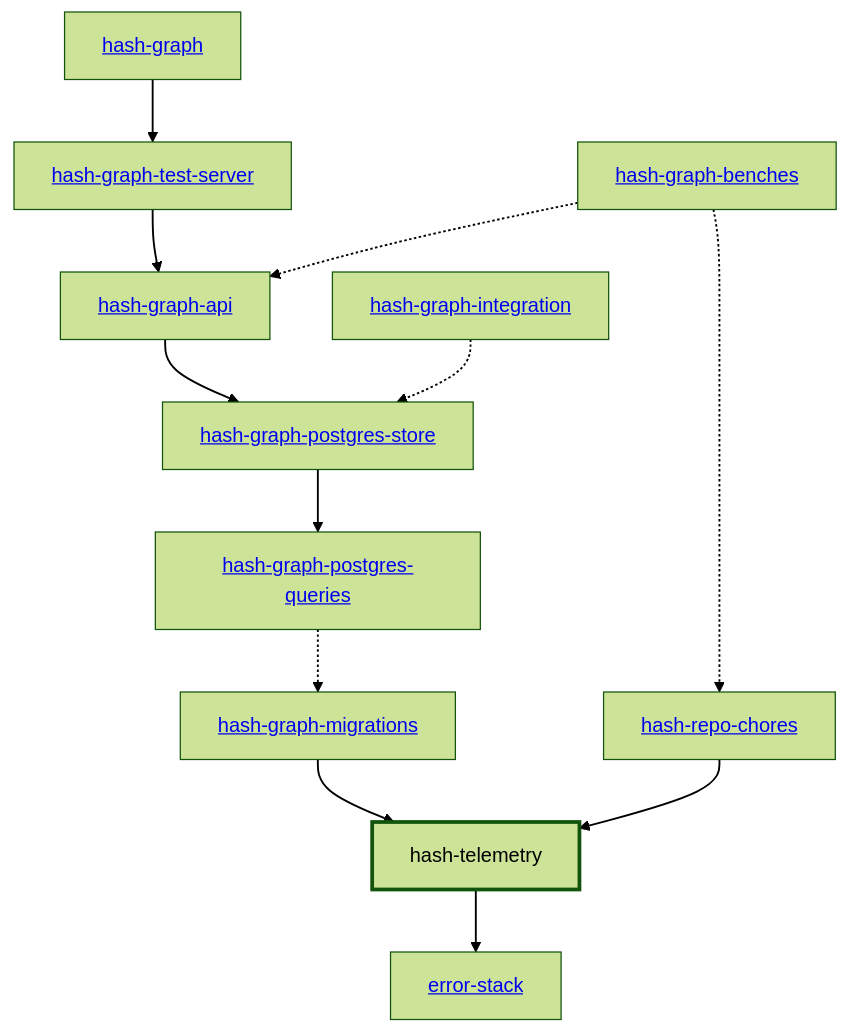
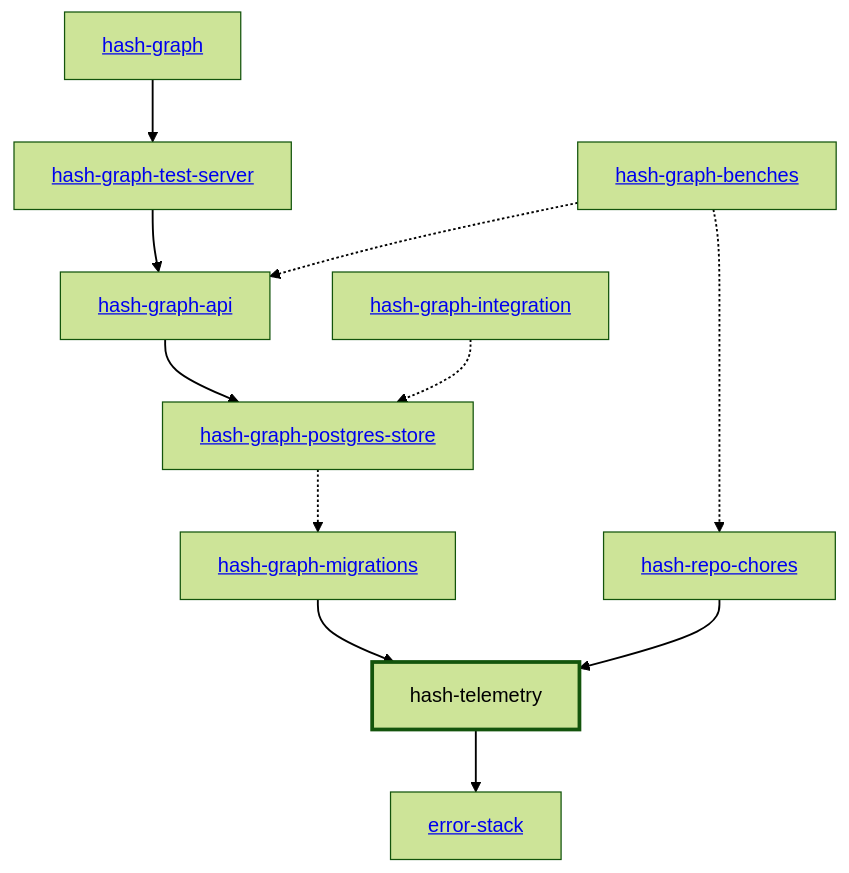
One commit to hashintel/hash changed the diagram in libs/@local/telemetry/docs/dependency-diagram.mmd. Above: the diagram before and after it, drawn with Mermaid (forest theme). The commit also changed 52 other files, not shown here.

```diff
--- a/libs/@local/telemetry/docs/dependency-diagram.mmd
+++ b/libs/@local/telemetry/docs/dependency-diagram.mmd
@@ -1,33 +1,31 @@
 graph TD
     linkStyle default stroke-width:1.5px
     classDef default stroke-width:1px
     classDef root stroke-width:3px
     classDef dev stroke-width:1px
     classDef build stroke-width:1px
     %% Legend
     %% --> : Normal dependency
     %% -.-> : Dev dependency
     %% ---> : Build dependency
     0[<a href="../hash_graph/index.html">hash-graph</a>]
     1[<a href="../hash_graph_api/index.html">hash-graph-api</a>]
     2[<a href="../hash_graph_migrations/index.html">hash-graph-migrations</a>]
-    3[<a href="../hash_graph_postgres_queries/index.html">hash-graph-postgres-queries</a>]
-    4[<a href="../hash_graph_postgres_store/index.html">hash-graph-postgres-store</a>]
-    5[<a href="../hash_graph_test_server/index.html">hash-graph-test-server</a>]
-    6[<a href="../hash_repo_chores/index.html">hash-repo-chores</a>]
-    7[hash-telemetry]
-    class 7 root
-    8[<a href="../error_stack/index.html">error-stack</a>]
-    9[<a href="../hash_graph_benches/index.html">hash-graph-benches</a>]
-    10[<a href="../hash_graph_integration/index.html">hash-graph-integration</a>]
-    0 --> 5
-    1 --> 4
-    2 --> 7
+    3[<a href="../hash_graph_postgres_store/index.html">hash-graph-postgres-store</a>]
+    4[<a href="../hash_graph_test_server/index.html">hash-graph-test-server</a>]
+    5[<a href="../hash_repo_chores/index.html">hash-repo-chores</a>]
+    6[hash-telemetry]
+    class 6 root
+    7[<a href="../error_stack/index.html">error-stack</a>]
+    8[<a href="../hash_graph_benches/index.html">hash-graph-benches</a>]
+    9[<a href="../hash_graph_integration/index.html">hash-graph-integration</a>]
+    0 --> 4
+    1 --> 3
+    2 --> 6
     3 -.-> 2
-    4 --> 3
-    5 --> 1
+    4 --> 1
+    5 --> 6
     6 --> 7
-    7 --> 8
-    9 -.-> 1
-    9 -.-> 6
-    10 -.-> 4
+    8 -.-> 1
+    8 -.-> 5
+    9 -.-> 3
```
